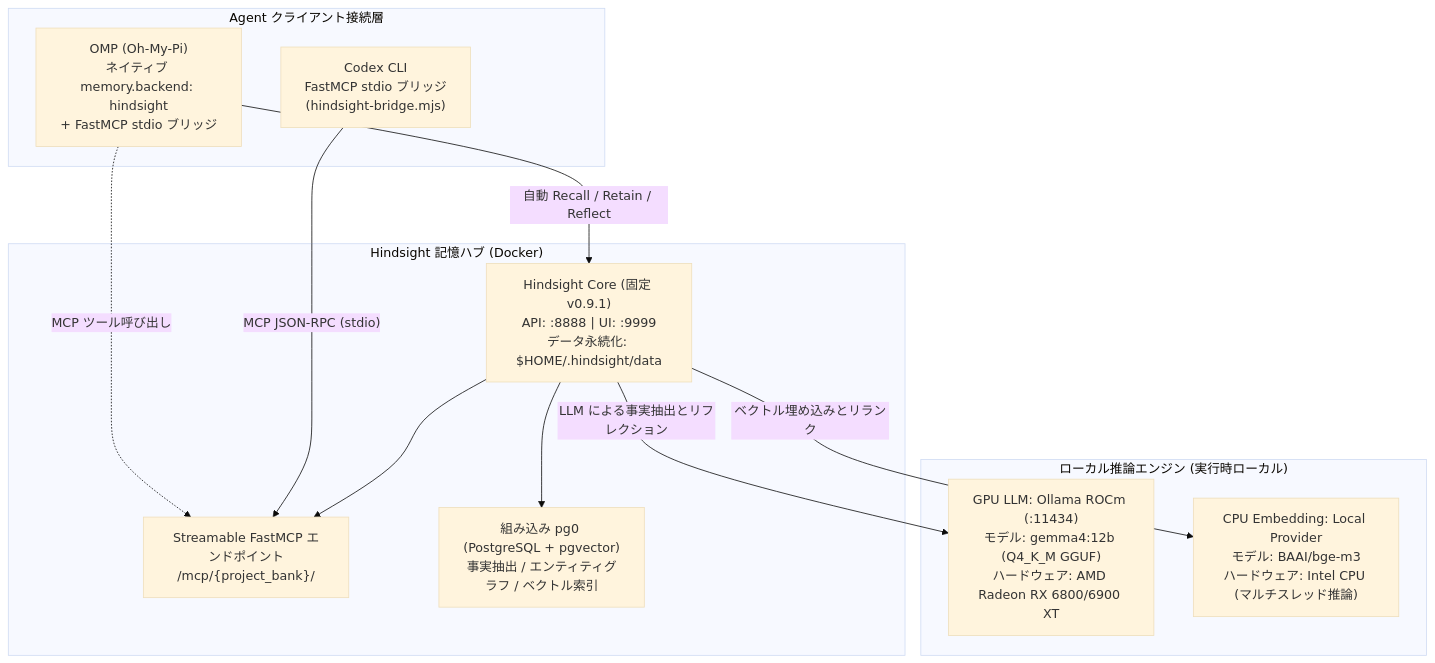
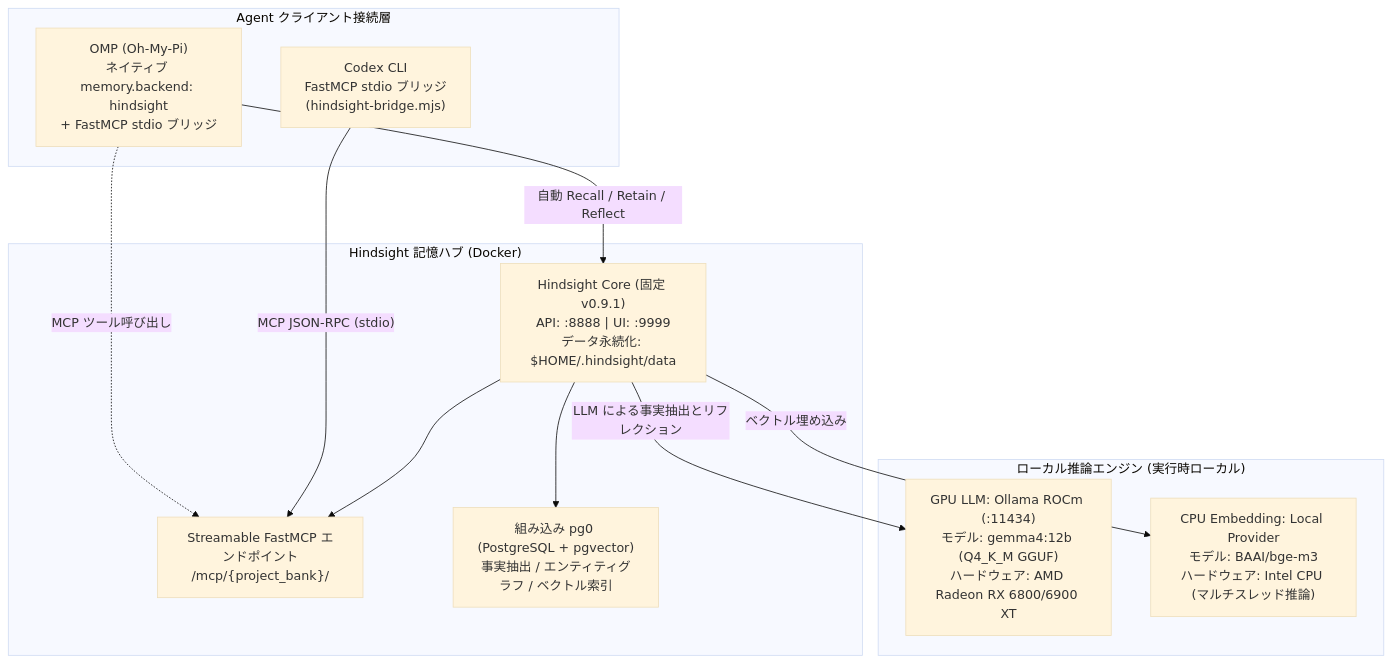
One commit to DavidHLP/DavidHLP.github.io changed the diagram in content/blog/legacy/note/ja/hindsight-local-deployment.md. Above: the diagram before and after it, drawn with Mermaid (base theme). The commit also changed other lines of this file and 24 other files, not shown here.

````diff
--- a/content/blog/legacy/note/ja/hindsight-local-deployment.md
+++ b/content/blog/legacy/note/ja/hindsight-local-deployment.md
@@ -83,26 +83,26 @@
 ```mermaid
 flowchart TD
   subgraph Agent_Layer["Agent クライアント接続層"]
     OMP["OMP (Oh-My-Pi)<br/>ネイティブ memory.backend: hindsight<br/>+ FastMCP stdio ブリッジ"]
     Codex["Codex CLI<br/>FastMCP stdio ブリッジ<br/>(hindsight-bridge.mjs)"]
   end
 
   subgraph Hindsight_Core["Hindsight 記憶ハブ (Docker)"]
     API["Hindsight Core (固定 v0.9.1)<br/>API: :8888 | UI: :9999<br/>データ永続化: $HOME/.hindsight/data"]
     FastMCP_EP["Streamable FastMCP エンドポイント<br/>/mcp/{project_bank}/"]
     PG0["組み込み pg0 (PostgreSQL + pgvector)<br/>事実抽出 / エンティティグラフ / ベクトル索引"]
   end
 
   subgraph Local_Inference["ローカル推論エンジン (実行時ローカル)"]
     OLLAMA["GPU LLM: Ollama ROCm (:11434)<br/>モデル: gemma4:12b (Q4_K_M GGUF)<br/>ハードウェア: AMD Radeon RX 6800/6900 XT"]
     EMBED["CPU Embedding: Local Provider<br/>モデル: BAAI/bge-m3<br/>ハードウェア: Intel CPU (マルチスレッド推論)"]
   end
 
   OMP -->|自動 Recall / Retain / Reflect| API
   OMP -.->|MCP ツール呼び出し| FastMCP_EP
   Codex -->|"MCP JSON-RPC (stdio)"| FastMCP_EP
   API --> FastMCP_EP
   API --> PG0
   API -->|LLM による事実抽出とリフレクション| OLLAMA
-  API -->|ベクトル埋め込みとリランク| EMBED
+  API -->|ベクトル埋め込み| EMBED
 ```
````
